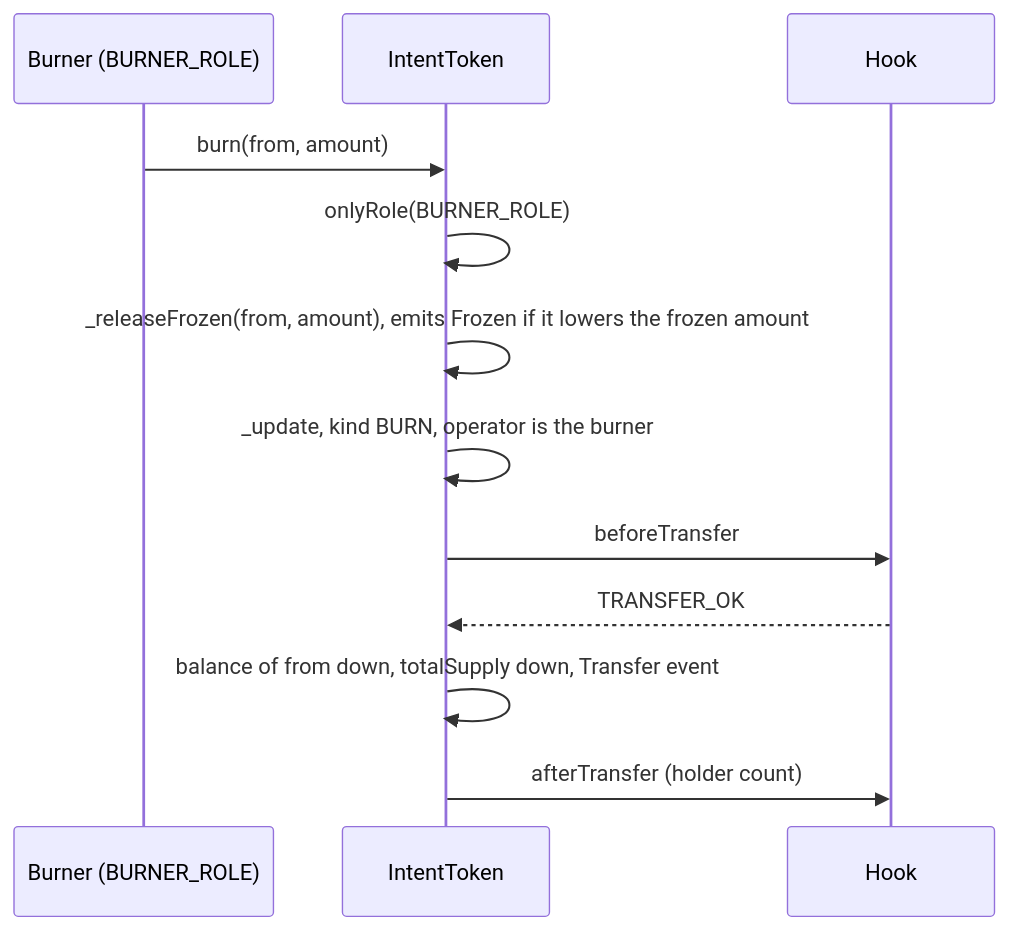
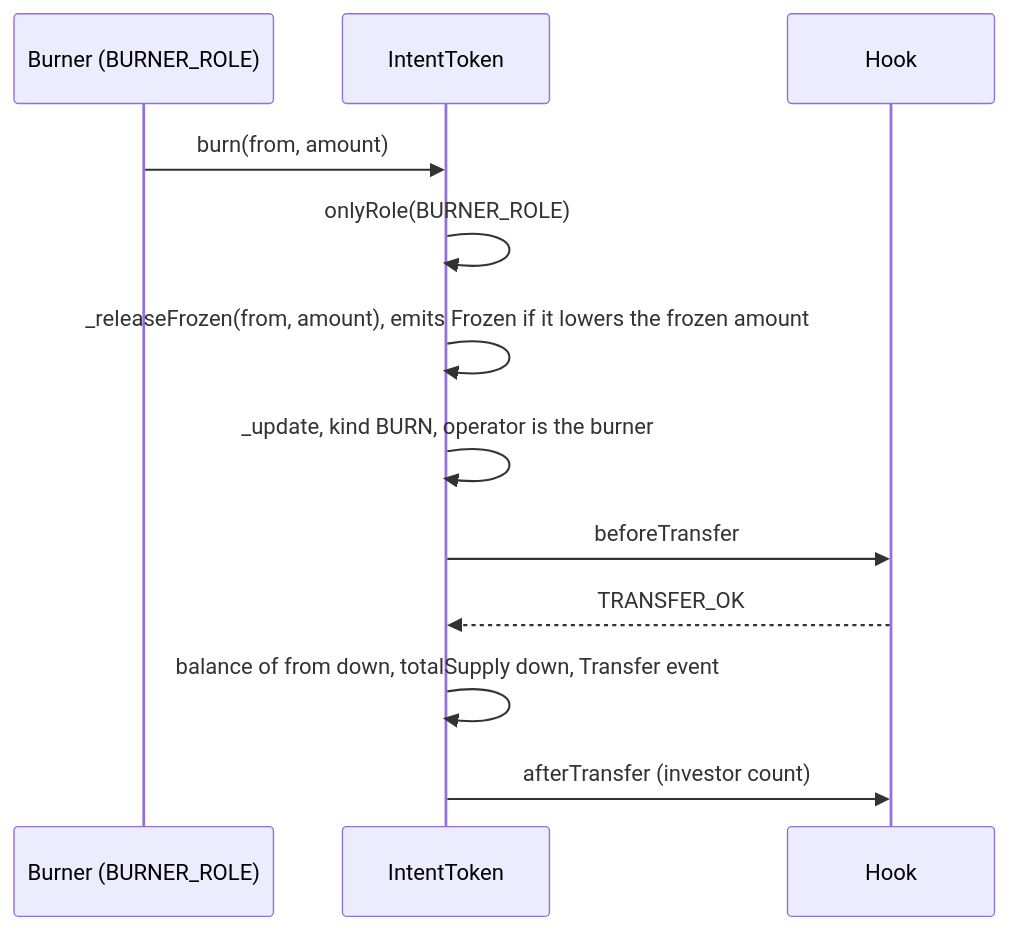
The second of 7 diagrams in docs/flows-token.md (fepvenancio/rwa-token), drawn with Mermaid before and after one commit. The commit also changed other lines of this file and 116 other files, not shown here.

````diff
--- a/docs/flows-token.md
+++ b/docs/flows-token.md
@@ -35,14 +37,14 @@
 ```mermaid
 sequenceDiagram
   participant B as Burner (BURNER_ROLE)
   participant T as IntentToken
   participant H as Hook
   B->>T: burn(from, amount)
   T->>T: onlyRole(BURNER_ROLE)
   T->>T: _releaseFrozen(from, amount), emits Frozen if it lowers the frozen amount
   T->>T: _update, kind BURN, operator is the burner
   T->>H: beforeTransfer
   H-->>T: TRANSFER_OK
   T->>T: balance of from down, totalSupply down, Transfer event
-  T->>H: afterTransfer (holder count)
+  T->>H: afterTransfer (investor count)
 ```
````
